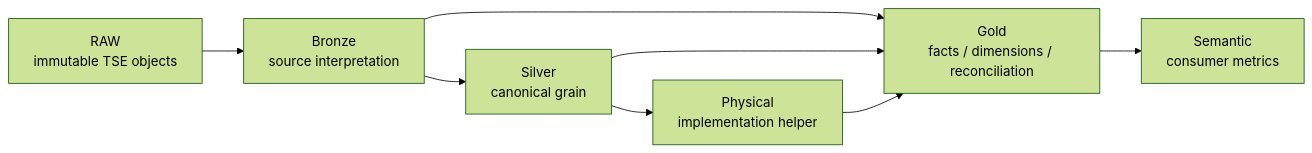
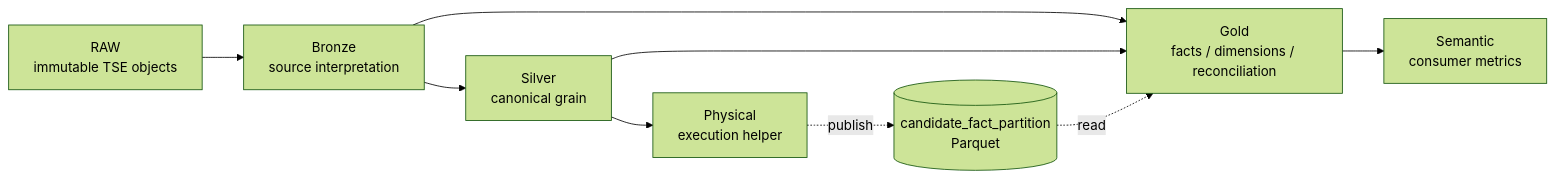
Before and after one commit to alloyha/experiments: the diagram in data/tse-election-data/docs/model-dag.md, drawn with Mermaid (forest theme). The commit also changed other lines of this file and 825 other files, not shown here.

````diff
--- a/data/tse-election-data/docs/model-dag.md
+++ b/data/tse-election-data/docs/model-dag.md
@@ -3,17 +3,19 @@
 ```mermaid
 flowchart LR
     RAW["RAW<br/>immutable TSE objects"]
     B["Bronze<br/>source interpretation"]
     S["Silver<br/>canonical grain"]
-    P["Physical<br/>implementation helper"]
+    P["Physical<br/>execution helper"]
+    A[("candidate_fact_partition<br/>Parquet")]
     G["Gold<br/>facts / dimensions / reconciliation"]
     M["Semantic<br/>consumer metrics"]
 
     RAW --> B
     B --> S
-    S --> P
     B --> G
     S --> G
-    P --> G
+    S --> P
+    P -. publish .-> A
+    A -. read .-> G
     G --> M
 ```
````
